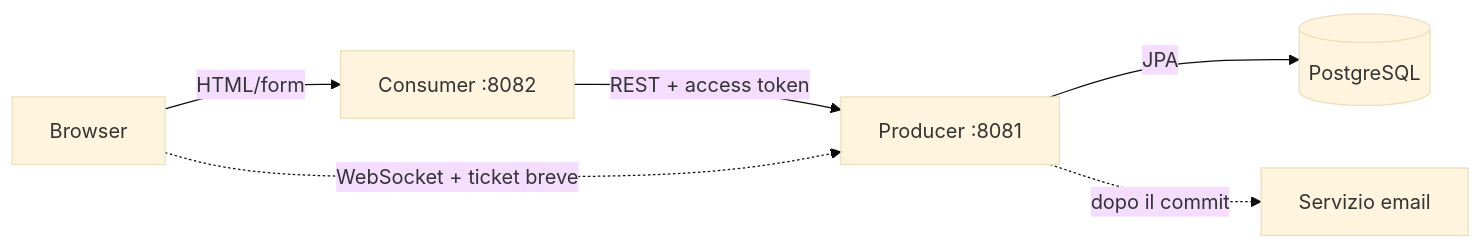
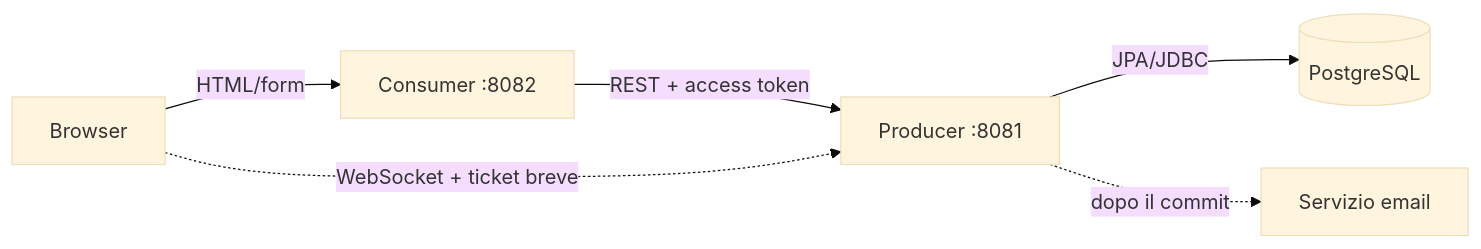
The first of 3 diagrams in docs/02-architettura.md (MatteoCharrierITS/Java-esercitazione-spring-api), drawn with Mermaid (base theme) before and after one commit. The commit also changed other lines of this file and 36 other files, not shown here.

````diff
--- a/docs/02-architettura.md
+++ b/docs/02-architettura.md
@@ -5,8 +5,8 @@
 ```mermaid
 flowchart LR
     B[Browser] -->|HTML/form| C[Consumer :8082]
     C -->|REST + access token| P[Producer :8081]
     B -.->|WebSocket + ticket breve| P
-    P -->|JPA| D[(PostgreSQL)]
+    P -->|JPA/JDBC| D[(PostgreSQL)]
     P -.->|dopo il commit| M[Servizio email]
 ```
````
